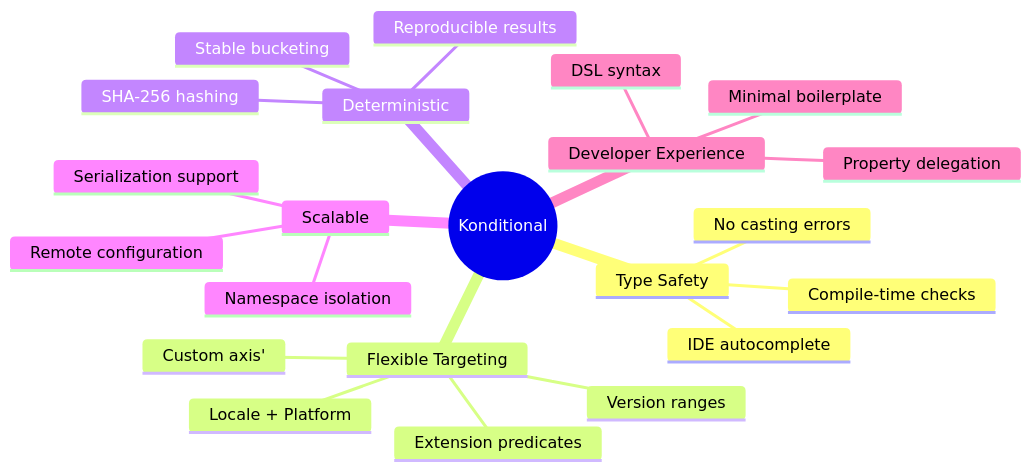
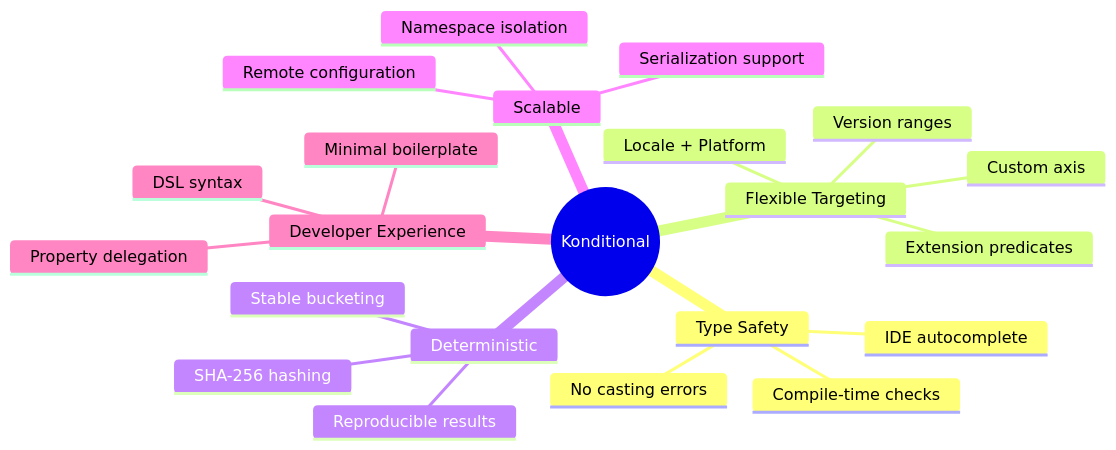
Before and after one commit to amichne/konditional: the sixth of 6 diagrams in docs/onboarding-flow.md, drawn with Mermaid. The commit also changed other lines of this file and 54 other files, not shown here.

Commit message:
Removed unused, and standardized the remaining names for all Kontract meta-schema and validatable value instances

````diff
--- a/docs/onboarding-flow.md
+++ b/docs/onboarding-flow.md
@@ -189,25 +189,25 @@
 ```mermaid
 mindmap
     root((Konditional))
         Type Safety
             Compile-time checks
             No casting errors
             IDE autocomplete
         Flexible Targeting
             Locale + Platform
             Version ranges
-            Custom axis'
+            Custom axis
             Extension predicates
         Deterministic
             Stable bucketing
             SHA-256 hashing
             Reproducible results
         Scalable
             Namespace isolation
             Serialization support
             Remote configuration
         Developer Experience
             DSL syntax
             Property delegation
             Minimal boilerplate
 ```
````
